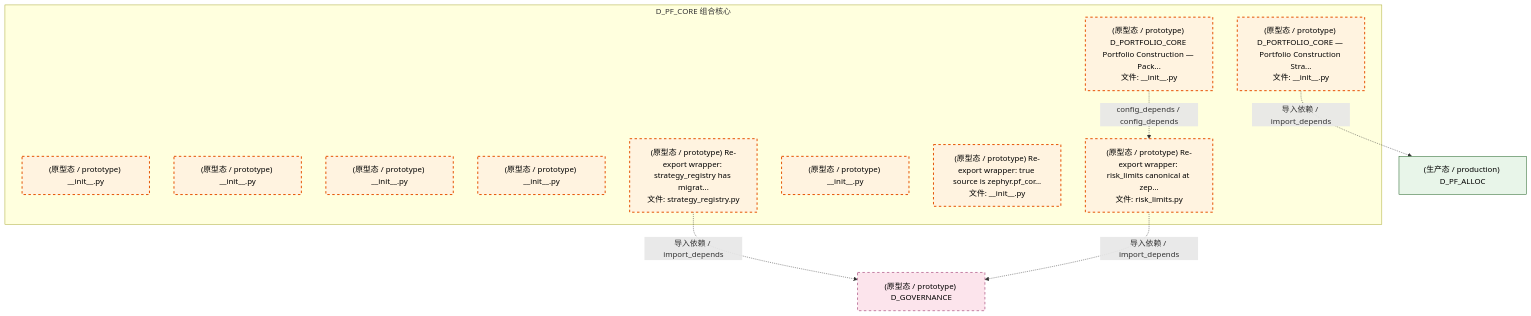
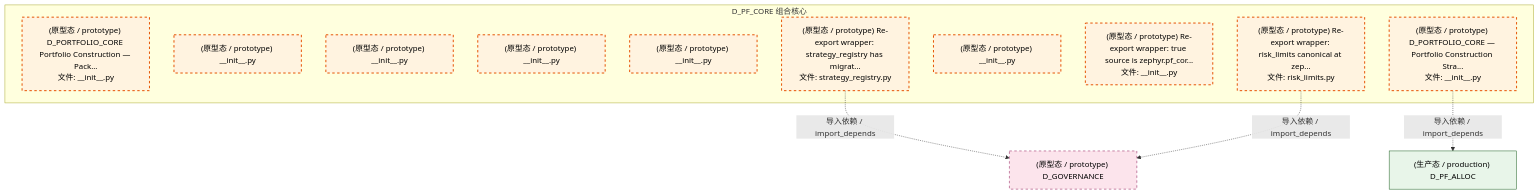
One commit to xuanFelixVan/ZephyrAlpha changed the third of 4 diagrams in docs/02_enterprise_architecture/02_domain_architecture_docs/52_d_pf_core.md. Above: the diagram before and after it, drawn with Mermaid. The commit also changed other lines of this file and 126 other files, not shown here.

````diff
--- a/docs/02_enterprise_architecture/02_domain_architecture_docs/52_d_pf_core.md
+++ b/docs/02_enterprise_architecture/02_domain_architecture_docs/52_d_pf_core.md
@@ -146,28 +146,27 @@
 ```mermaid
 graph TD
     subgraph D_PF_CORE["D_PF_CORE 组合核心"]
         src_zephyr_pf_core_init_py["(原型态 / prototype) D_PORTFOLIO_CORE Portfolio Construction — Pack...<br/>文件: __init__.py"]
         src_zephyr_pf_core_extensions_init_py["(原型态 / prototype) __init__.py"]
         src_zephyr_pf_core_api_init_py["(原型态 / prototype) __init__.py"]
         src_zephyr_pf_core_core_init_py["(原型态 / prototype) __init__.py"]
         src_zephyr_pf_core_infrastructure_init_py["(原型态 / prototype) __init__.py"]
         src_zephyr_pf_core_risk_limits_py["(原型态 / prototype) Re-export wrapper: risk_limits canonical at zep...<br/>文件: risk_limits.py"]
         src_zephyr_pf_core_services_init_py["(原型态 / prototype) __init__.py"]
         src_zephyr_pf_core_strategies_init_py["(原型态 / prototype) Re-export wrapper: true source is zephyr.pf_cor...<br/>文件: __init__.py"]
         src_zephyr_pf_core_strategy_engine_init_py["(原型态 / prototype) D_PORTFOLIO_CORE — Portfolio Construction Stra...<br/>文件: __init__.py"]
         src_zephyr_pf_core_strategy_registry_py["(原型态 / prototype) Re-export wrapper: strategy_registry has migrat...<br/>文件: strategy_registry.py"]
     end
-    src_zephyr_pf_core_init_py -.->|config_depends / config_depends| src_zephyr_pf_core_risk_limits_py
     D_PF_ALLOC["(生产态 / production) D_PF_ALLOC"]
     src_zephyr_pf_core_strategy_engine_init_py -.->|导入依赖 / import_depends| D_PF_ALLOC
     D_GOVERNANCE["(原型态 / prototype) D_GOVERNANCE"]
     src_zephyr_pf_core_strategy_registry_py -.->|导入依赖 / import_depends| D_GOVERNANCE
     src_zephyr_pf_core_risk_limits_py -.->|导入依赖 / import_depends| D_GOVERNANCE
     classDef production fill:#e1f5fe,stroke:#01579b,stroke-width:2px,color:#000
     classDef design fill:#fff3e0,stroke:#e65100,stroke-width:2px,color:#000,stroke-dasharray: 5 5
     classDef external_prod fill:#e8f5e9,stroke:#1b5e20,stroke-width:1px,color:#000
     classDef external_design fill:#fce4ec,stroke:#880e4f,stroke-width:1px,color:#000,stroke-dasharray: 5 5
     class src_zephyr_pf_core_init_py,src_zephyr_pf_core_extensions_init_py,src_zephyr_pf_core_api_init_py,src_zephyr_pf_core_core_init_py,src_zephyr_pf_core_infrastructure_init_py,src_zephyr_pf_core_risk_limits_py,src_zephyr_pf_core_services_init_py,src_zephyr_pf_core_strategies_init_py,src_zephyr_pf_core_strategy_engine_init_py,src_zephyr_pf_core_strategy_registry_py design
     class D_PF_ALLOC external_prod
     class D_GOVERNANCE external_design
 ```
````
